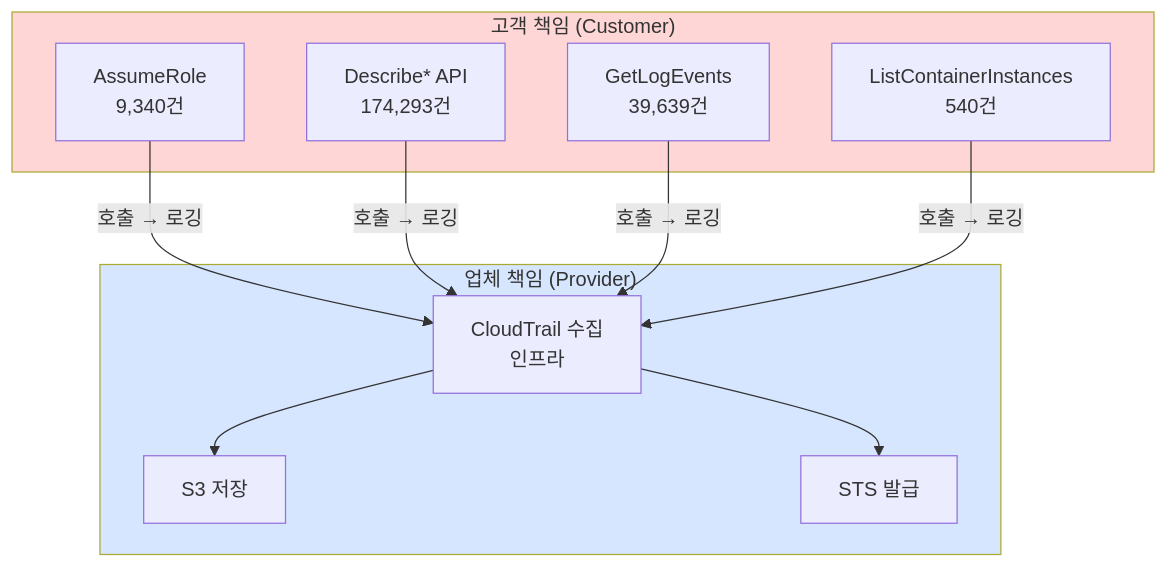
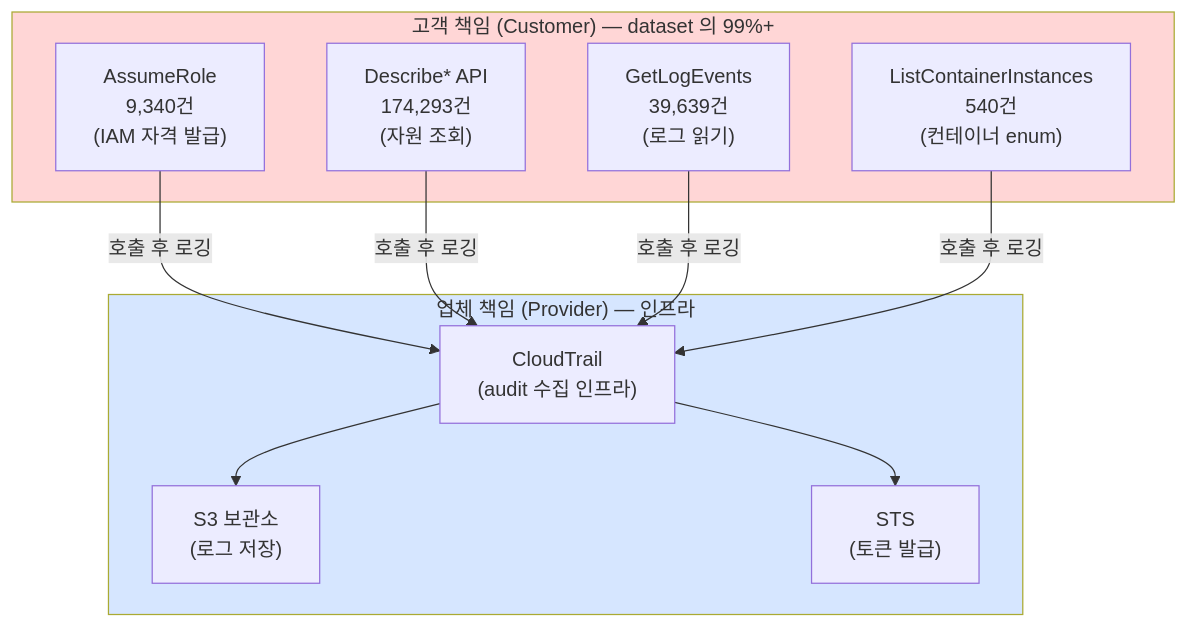
Before and after one commit to mrgrit/ccc: the diagram in contents/education/course6-cloud-container/week01/lecture.md, drawn with Mermaid. The commit also changed other lines of this file and 12 other files, not shown here.

````diff
--- a/contents/education/course6-cloud-container/week01/lecture.md
+++ b/contents/education/course6-cloud-container/week01/lecture.md
@@ -678,23 +679,23 @@
 ```mermaid
 graph TD
-    subgraph CUST["고객 책임 (Customer)"]
-        IAM[AssumeRole<br/>9,340건]
-        DESC[Describe* API<br/>174,293건]
-        LOG[GetLogEvents<br/>39,639건]
-        ECS[ListContainerInstances<br/>540건]
+    subgraph CUST["고객 책임 (Customer) — dataset 의 99%+"]
+        IAM["AssumeRole<br/>9,340건<br/>(IAM 자격 발급)"]
+        DESC["Describe* API<br/>174,293건<br/>(자원 조회)"]
+        LOG["GetLogEvents<br/>39,639건<br/>(로그 읽기)"]
+        ECS["ListContainerInstances<br/>540건<br/>(컨테이너 enum)"]
     end
-    subgraph PROV["업체 책임 (Provider)"]
-        TRAIL[CloudTrail 수집<br/>인프라]
-        S3[S3 저장]
-        IDP[STS 발급]
+    subgraph PROV["업체 책임 (Provider) — 인프라"]
+        TRAIL["CloudTrail<br/>(audit 수집 인프라)"]
+        S3["S3 보관소<br/>(로그 저장)"]
+        IDP["STS<br/>(토큰 발급)"]
     end
-    IAM -->|호출 → 로깅| TRAIL
-    DESC -->|호출 → 로깅| TRAIL
-    LOG -->|호출 → 로깅| TRAIL
-    ECS -->|호출 → 로깅| TRAIL
+    IAM -->|호출 후 로깅| TRAIL
+    DESC -->|호출 후 로깅| TRAIL
+    LOG -->|호출 후 로깅| TRAIL
+    ECS -->|호출 후 로깅| TRAIL
     TRAIL --> S3
     TRAIL --> IDP
 
     style CUST fill:#ffd6d6
     style PROV fill:#d6e6ff
 ```
````
